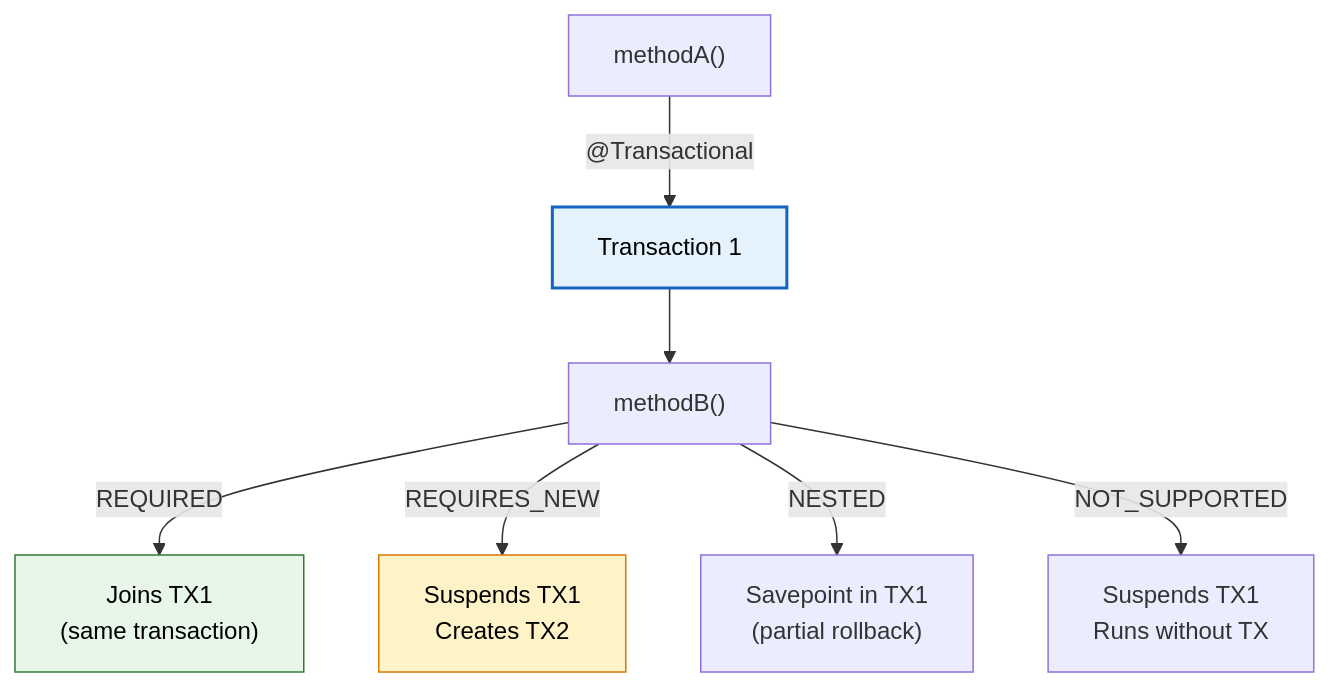
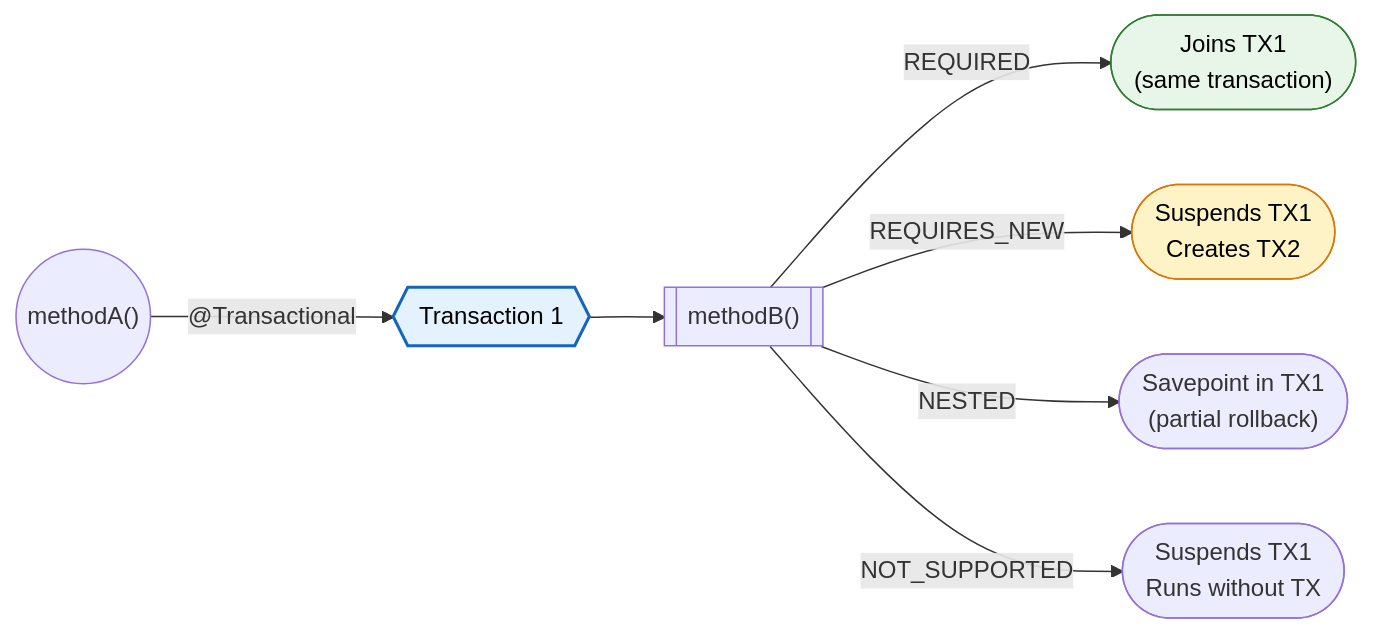
The second of 4 diagrams in docs/springboot/transactions.md (saivamsikaruturi/vamsilabs-dev-notes-main), drawn with Mermaid before and after one commit. The commit also changed other lines of this file and 146 other files, not shown here.

Commit message:
Horizontal diagrams, UML class diagrams, typography overhaul, and permalink cleanup

````diff
--- a/docs/springboot/transactions.md
+++ b/docs/springboot/transactions.md
@@ -64,14 +101,14 @@
 ```mermaid
-flowchart TD
-    M1["methodA()"] -->|"@Transactional"| TX1["Transaction 1"]
-    TX1 --> M2["methodB()"]
+flowchart LR
+    M1(("methodA()")) -->|"@Transactional"| TX1{{"Transaction 1"}}
+    TX1 --> M2[["methodB()"]]
     
-    M2 -->|"REQUIRED"| J["Joins TX1<br/>(same transaction)"]
-    M2 -->|"REQUIRES_NEW"| N["Suspends TX1<br/>Creates TX2"]
-    M2 -->|"NESTED"| NS["Savepoint in TX1<br/>(partial rollback)"]
-    M2 -->|"NOT_SUPPORTED"| NO["Suspends TX1<br/>Runs without TX"]
+    M2 -->|"REQUIRED"| J(["Joins TX1<br/>(same transaction)"])
+    M2 -->|"REQUIRES_NEW"| N(["Suspends TX1<br/>Creates TX2"])
+    M2 -->|"NESTED"| NS(["Savepoint in TX1<br/>(partial rollback)"])
+    M2 -->|"NOT_SUPPORTED"| NO(["Suspends TX1<br/>Runs without TX"])
 
     style TX1 fill:#E3F2FD,stroke:#1565C0,stroke-width:2px,color:#000
     style J fill:#E8F5E9,stroke:#2E7D32,color:#000
     style N fill:#FEF3C7,stroke:#D97706,color:#000
 ```
````
